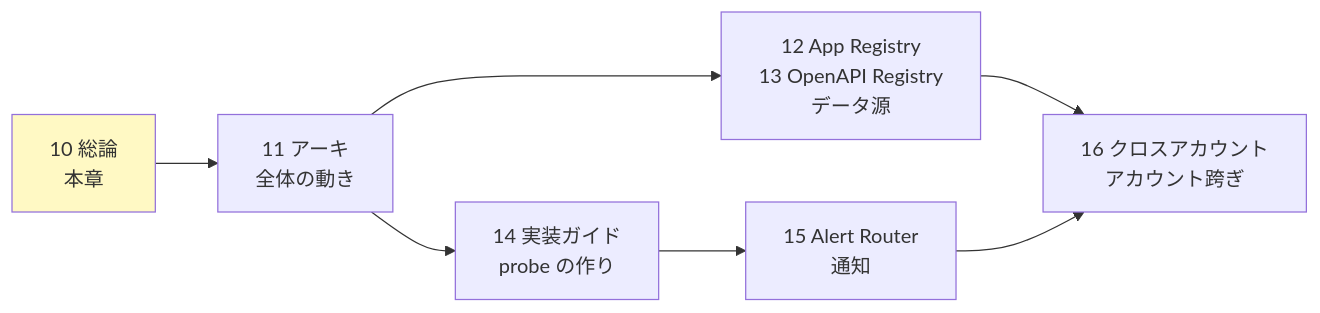
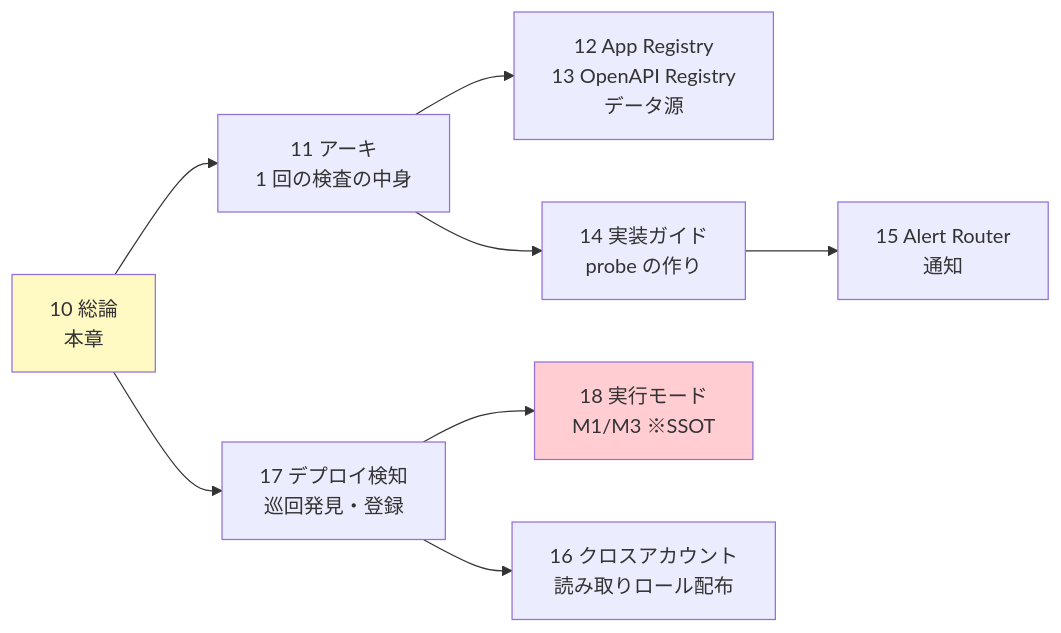
The fourth of 4 diagrams in doc/api-platform/basic-design/10-external-monitoring-overview.md (suepie/aws-atuh-poc), drawn with Mermaid before and after one commit. The commit also changed other lines of this file, not shown here.

````diff
--- a/doc/api-platform/basic-design/10-external-monitoring-overview.md
+++ b/doc/api-platform/basic-design/10-external-monitoring-overview.md
@@ -242,10 +262,12 @@
 ```mermaid
 flowchart LR
-    O[10 総論<br/>本章] --> A[11 アーキ<br/>全体の動き]
+    O[10 総論<br/>本章] --> A[11 アーキ<br/>1 回の検査の中身]
+    O --> DEP[17 デプロイ検知<br/>巡回発見・登録]
+    DEP --> MODE[18 実行モード<br/>M1/M3 ※SSOT]
     A --> R[12 App Registry<br/>13 OpenAPI Registry<br/>データ源]
     A --> I[14 実装ガイド<br/>probe の作り]
     I --> AL[15 Alert Router<br/>通知]
-    R --> X[16 クロスアカウント<br/>アカウント跨ぎ]
-    AL --> X
+    DEP --> X[16 クロスアカウント<br/>読み取りロール配布]
     style O fill:#fff9c4
+    style MODE fill:#ffcdd2
 ```
````
